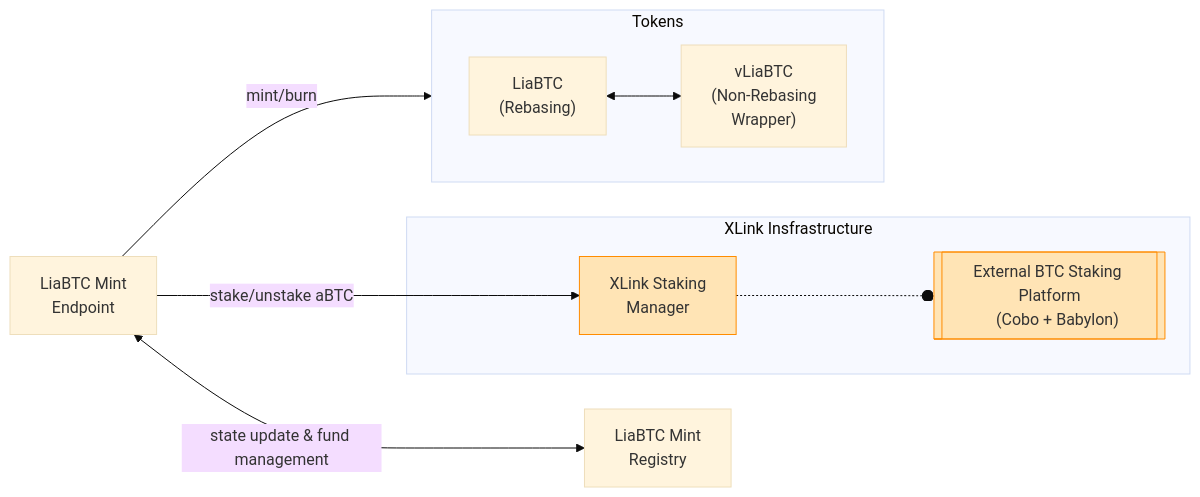
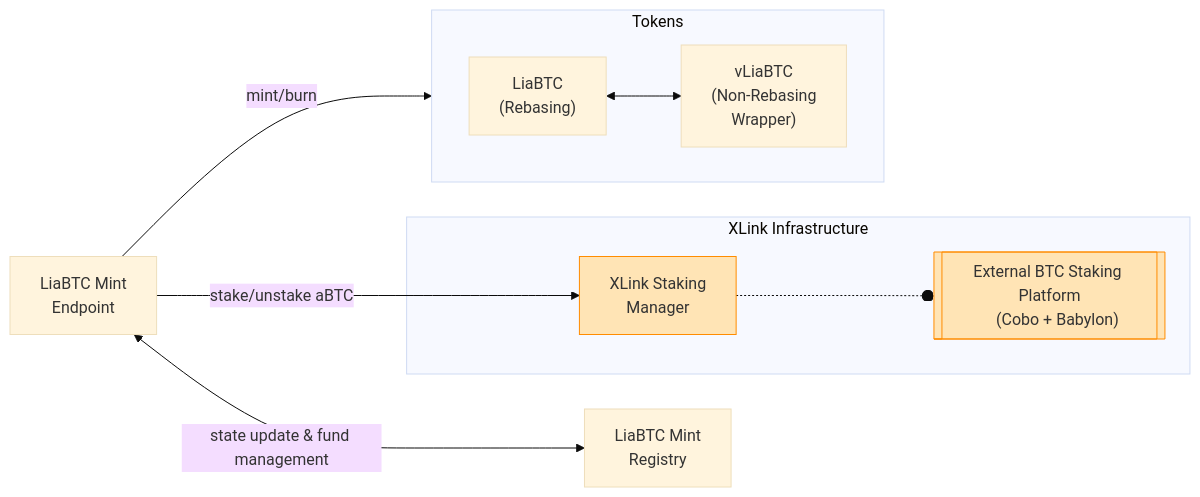
The diagram in developers/contracts/README.md (lisalab-io/docs), drawn with Mermaid (base theme) before and after one commit.

Commit message:
chore: fix typo

````diff
--- a/developers/contracts/README.md
+++ b/developers/contracts/README.md
@@ -27,32 +27,32 @@
 ```mermaid
 flowchart LR
     classDef smclass fill:#FFE4B5,stroke:#FF8C00
 
-    subgraph XLink Insfrastructure
+    subgraph XLink Infrastructure
     sm[XLink Staking
     Manager]:::smclass
     sm -.-o stake[["External BTC Staking Platform
     (Cobo + Babylon)"]]:::smclass
     end
 
     mint[LiaBTC Mint
     Endpoint]
     reg[LiaBTC Mint
     Registry]
     mint <--state update & fund management--> reg
 
     subgraph Tokens
     direction LR
     lia["LiaBTC
     (Rebasing)"]
     wrap["vLiaBTC
     (Non-Rebasing
     Wrapper)"]
     lia <--> wrap
     end
 
     mint --stake/unstake aBTC--> sm[XLink Staking
     Manager]
 
     mint --mint/burn--> lia
 ```
````
